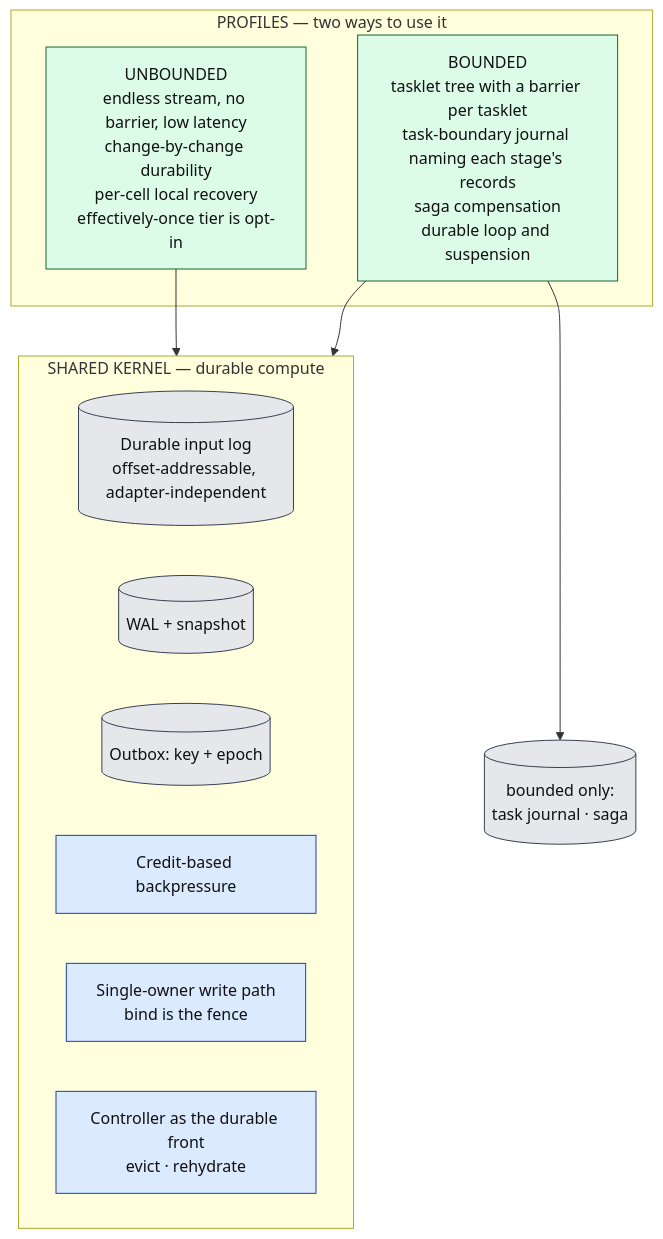
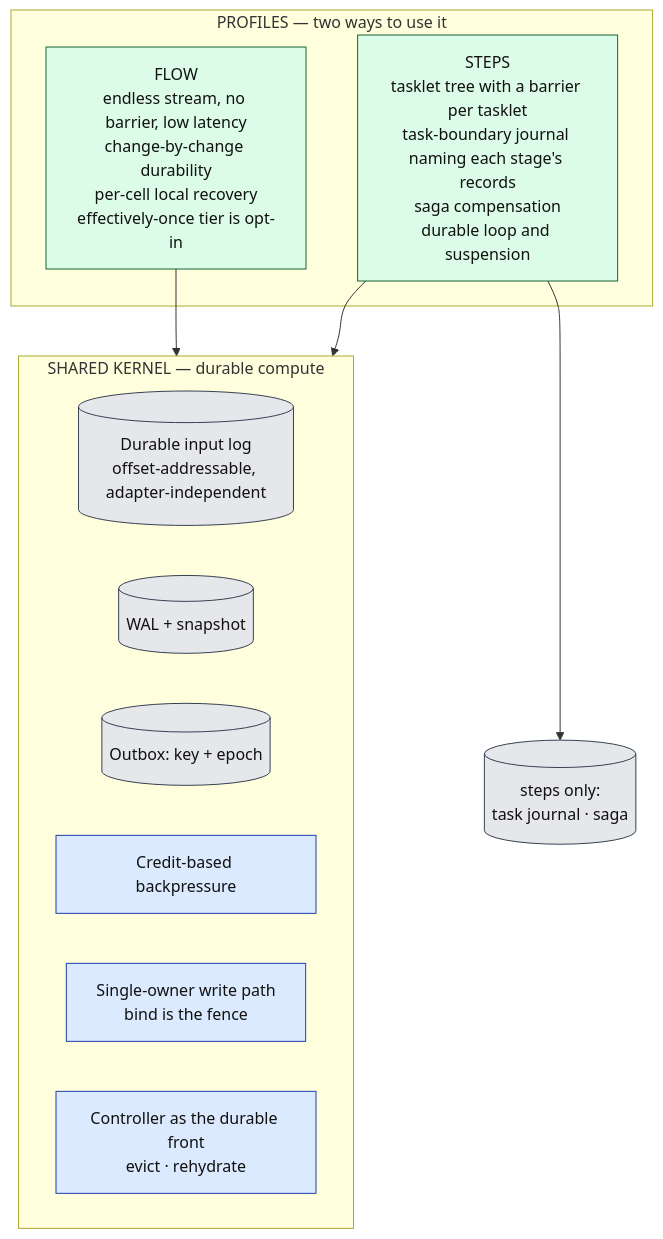
Before and after one commit to Flezha/flezha: the fifth of 9 diagrams in docs/architecture/README.md, drawn with Mermaid. The commit also changed other lines of this file and 476 other files, not shown here.

````diff
--- a/docs/architecture/README.md
+++ b/docs/architecture/README.md
@@ -236,24 +236,24 @@
 ```mermaid
 flowchart TB
     subgraph PROF["PROFILES — two ways to use it"]
-        UNB["UNBOUNDED<br/>endless stream, no barrier, low latency<br/>change-by-change durability<br/>per-cell local recovery<br/>effectively-once tier is opt-in"]:::exec
-        BND["BOUNDED<br/>tasklet tree with a barrier per tasklet<br/>task-boundary journal naming each stage's records<br/>saga compensation<br/>durable loop and suspension"]:::exec
+        UNB["FLOW<br/>endless stream, no barrier, low latency<br/>change-by-change durability<br/>per-cell local recovery<br/>effectively-once tier is opt-in"]:::exec
+        BND["STEPS<br/>tasklet tree with a barrier per tasklet<br/>task-boundary journal naming each stage's records<br/>saga compensation<br/>durable loop and suspension"]:::exec
     end
     subgraph KERN["SHARED KERNEL — durable compute"]
         K1[("Durable input log<br/>offset-addressable, adapter-independent")]:::store
         K2[("WAL + snapshot")]:::store
         K3[("Outbox: key + epoch")]:::store
         K4["Credit-based backpressure"]:::ctrl
         K5["Single-owner write path<br/>bind is the fence"]:::ctrl
         K6["Controller as the durable front<br/>evict · rehydrate"]:::ctrl
     end
-    BEXTRA[("bounded only:<br/>task journal · saga")]:::store
+    BEXTRA[("steps only:<br/>task journal · saga")]:::store
 
     UNB --> KERN
     BND --> KERN
     BND --> BEXTRA
 
     classDef ctrl fill:#dbeafe,stroke:#1e40af,color:#111
     classDef exec fill:#dcfce7,stroke:#166534,color:#111
     classDef store fill:#e5e7eb,stroke:#374151,color:#111
 ```
````
